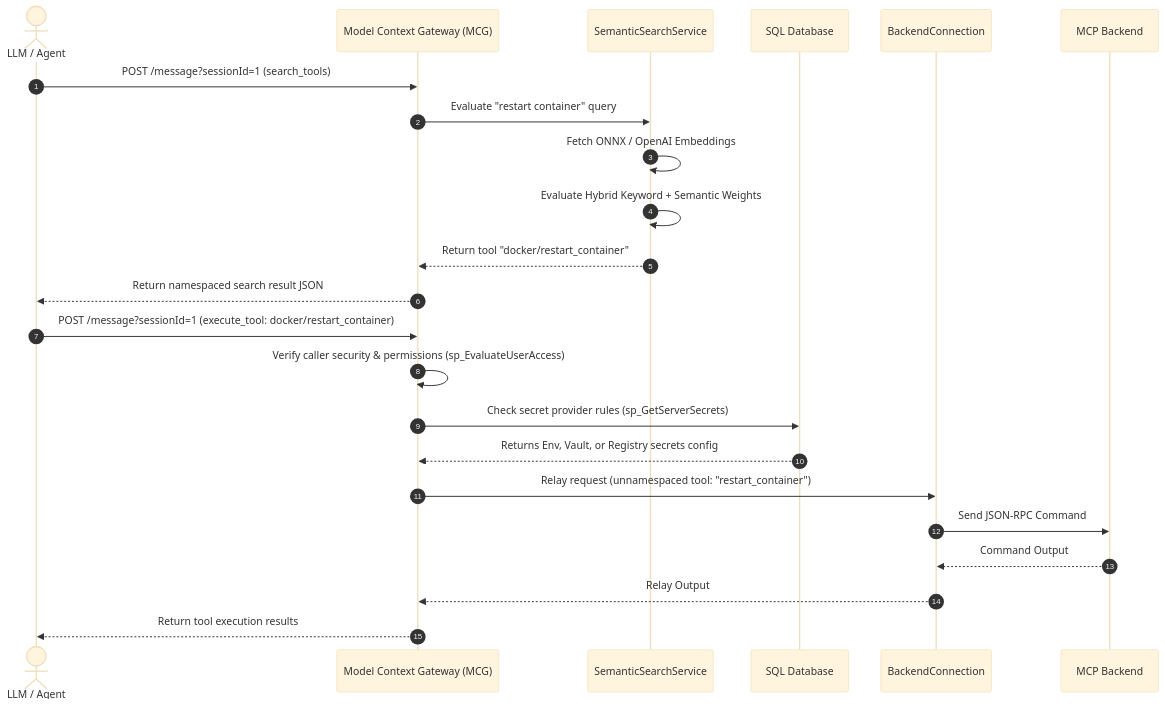
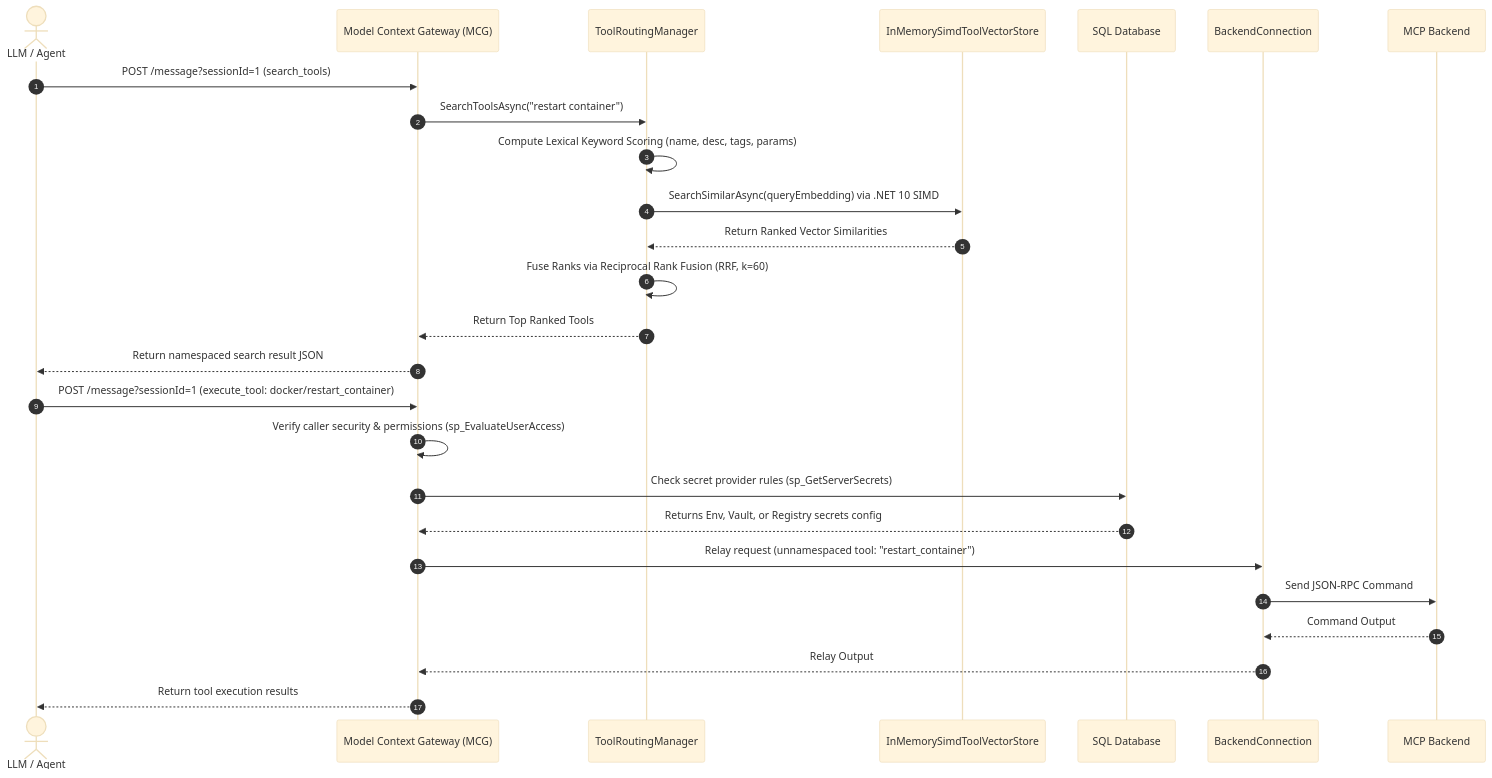
Before and after one commit to spelech/model-context-gateway: the fourth of 5 diagrams in ARCHITECTURE.md, drawn with Mermaid (base theme). The commit also changed other lines of this file and 24 other files, not shown here.

First line of the commit message:
feat(core): Hybrid Semantic Search & In-Memory SIMD Vector Store with RRF (#217)

````diff
--- a/ARCHITECTURE.md
+++ b/ARCHITECTURE.md
@@ -145,27 +146,30 @@
 ```mermaid
 sequenceDiagram
     autonumber
     actor Client as LLM / Agent
     participant Router as Model Context Gateway (MCG)
-    participant SemanticSvc as SemanticSearchService
+    participant RoutingMgr as ToolRoutingManager
+    participant VectorStore as InMemorySimdToolVectorStore
     participant DB as SQL Database
     participant BackendConn as BackendConnection
     participant Downstream as MCP Backend
 
     Client->>Router: POST /message?sessionId=1 (search_tools)
-    Router->>SemanticSvc: Evaluate "restart container" query
-    SemanticSvc->>SemanticSvc: Fetch ONNX / OpenAI Embeddings
-    SemanticSvc->>SemanticSvc: Evaluate Hybrid Keyword + Semantic Weights
-    SemanticSvc-->>Router: Return tool "docker/restart_container"
+    Router->>RoutingMgr: SearchToolsAsync("restart container")
+    RoutingMgr->>RoutingMgr: Compute Lexical Keyword Scoring (name, desc, tags, params)
+    RoutingMgr->>VectorStore: SearchSimilarAsync(queryEmbedding) via .NET 10 SIMD
+    VectorStore-->>RoutingMgr: Return Ranked Vector Similarities
+    RoutingMgr->>RoutingMgr: Fuse Ranks via Reciprocal Rank Fusion (RRF, k=60)
+    RoutingMgr-->>Router: Return Top Ranked Tools
     Router-->>Client: Return namespaced search result JSON
 
     Client->>Router: POST /message?sessionId=1 (execute_tool: docker/restart_container)
     Router->>Router: Verify caller security & permissions (sp_EvaluateUserAccess)
     Router->>DB: Check secret provider rules (sp_GetServerSecrets)
     DB-->>Router: Returns Env, Vault, or Registry secrets config
     Router->>BackendConn: Relay request (unnamespaced tool: "restart_container")
     BackendConn->>Downstream: Send JSON-RPC Command
     Downstream-->>BackendConn: Command Output
     BackendConn-->>Router: Relay Output
     Router-->>Client: Return tool execution results
 ```
````
